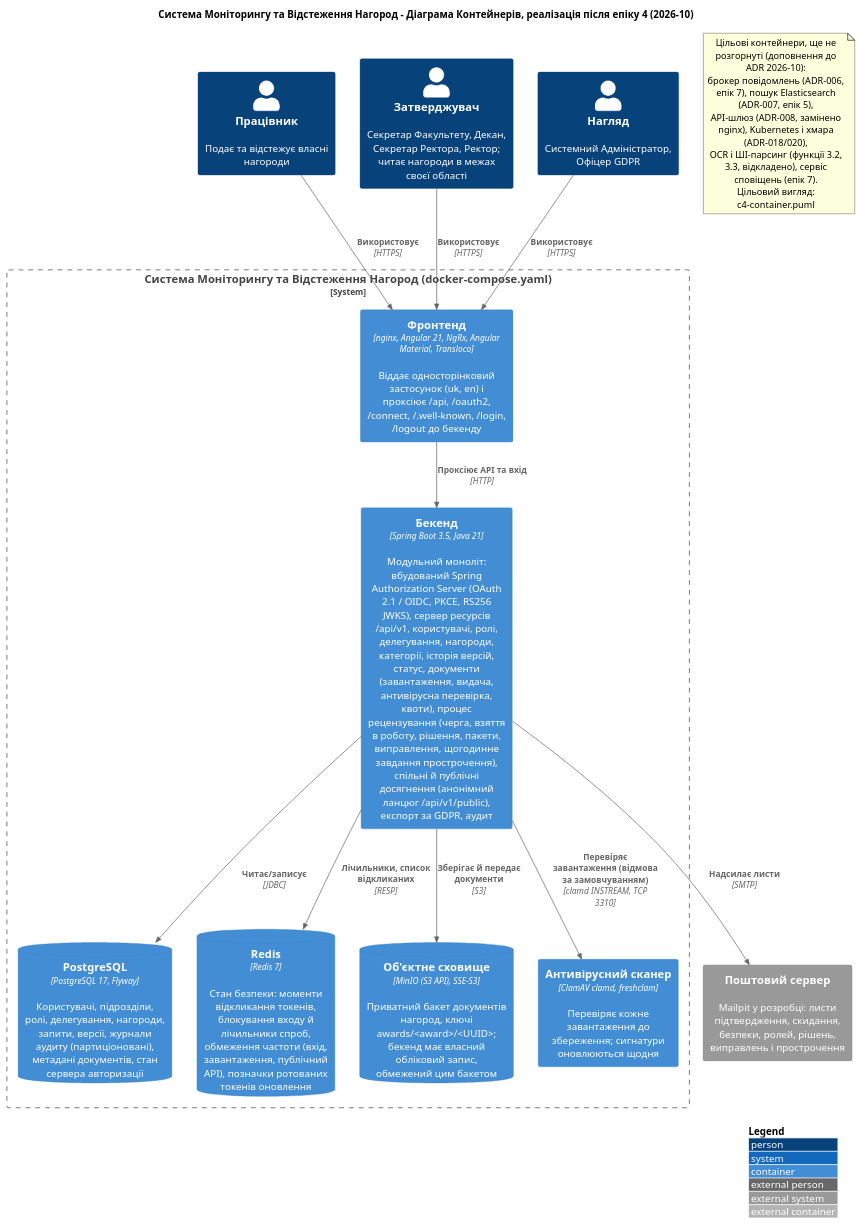
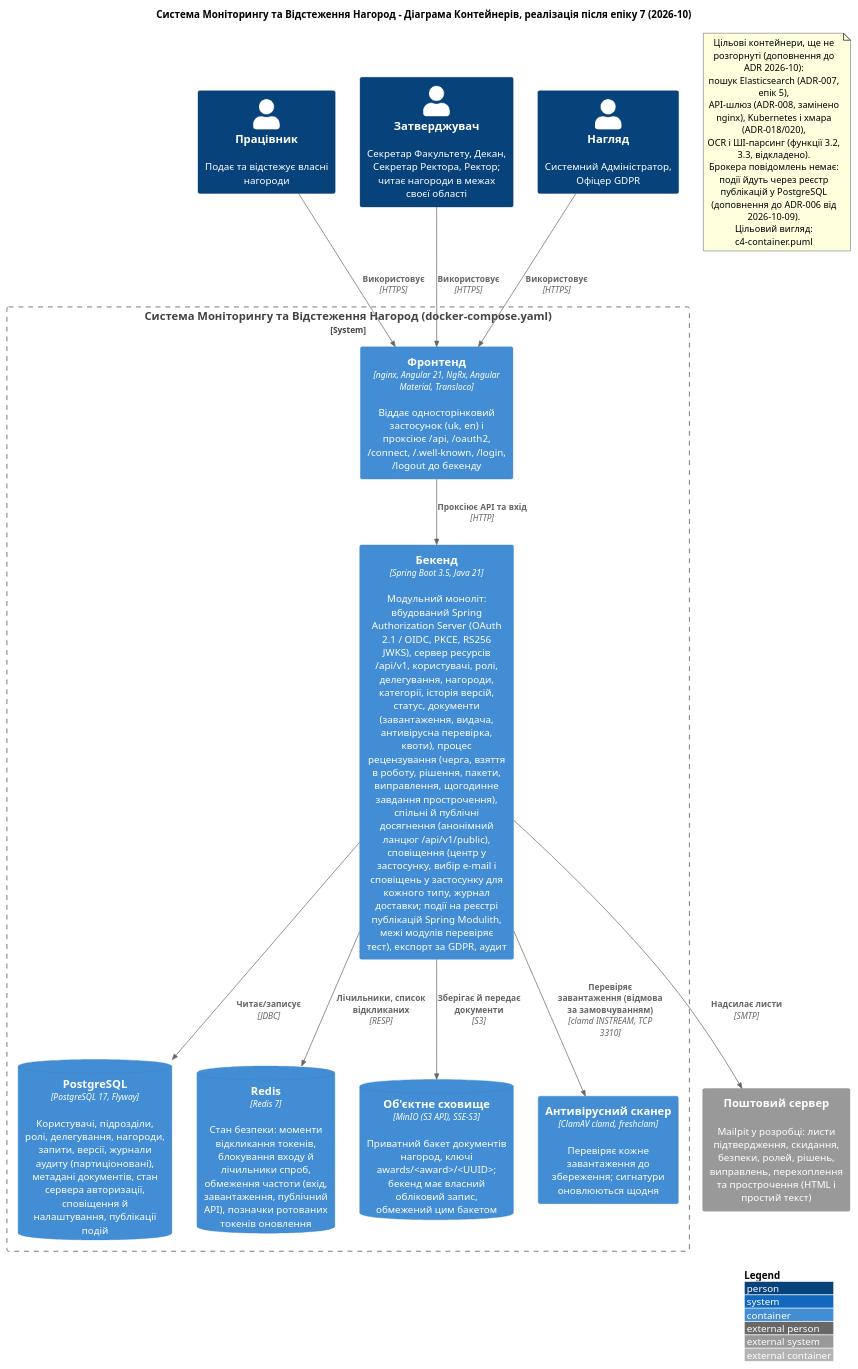
One commit to StKostyk/award-monitoring-system changed the diagram in docs/ua/diagrams/c4-container-as-built.puml. Above: the diagram before and after it, drawn with PlantUML. The commit also changed 19 other files, not shown here.

First line of the commit message:
docs(epic-07): synchronise documents, diagrams and Ukrainian copies with the shipped code

```diff
--- a/docs/ua/diagrams/c4-container-as-built.puml
+++ b/docs/ua/diagrams/c4-container-as-built.puml
@@ -1,45 +1,47 @@
 @startuml C4_Container_As_Built_UA
 !include https://raw.githubusercontent.com/plantuml-stdlib/C4-PlantUML/master/C4_Container.puml
 
-title Система Моніторингу та Відстеження Нагород - Діаграма Контейнерів, реалізація після епіку 4 (2026-10)
+title Система Моніторингу та Відстеження Нагород - Діаграма Контейнерів, реалізація після епіку 7 (2026-10)
 
 LAYOUT_WITH_LEGEND()
 
 Person(employee, "Працівник", "Подає та відстежує власні нагороди")
 Person(reviewer, "Затверджувач", "Секретар Факультету, Декан, Секретар Ректора, Ректор; читає нагороди в межах своєї області")
 Person(admin, "Нагляд", "Системний Адміністратор, Офіцер GDPR")
 
 System_Boundary(award_system, "Система Моніторингу та Відстеження Нагород (docker-compose.yaml)") {
 
     Container(frontend, "Фронтенд", "nginx, Angular 21, NgRx, Angular Material, Transloco", "Віддає односторінковий застосунок (uk, en) і проксіює /api, /oauth2, /connect, /.well-known, /login, /logout до бекенду")
 
-    Container(backend, "Бекенд", "Spring Boot 3.5, Java 21", "Модульний моноліт: вбудований Spring Authorization Server (OAuth 2.1 / OIDC, PKCE, RS256 JWKS), сервер ресурсів /api/v1, користувачі, ролі, делегування, нагороди, категорії, історія версій, статус, документи (завантаження, видача, антивірусна перевірка, квоти), процес рецензування (черга, взяття в роботу, рішення, пакети, виправлення, щогодинне завдання прострочення), спільні й публічні досягнення (анонімний ланцюг /api/v1/public), експорт за GDPR, аудит")
+    Container(backend, "Бекенд", "Spring Boot 3.5, Java 21", "Модульний моноліт: вбудований Spring Authorization Server (OAuth 2.1 / OIDC, PKCE, RS256 JWKS), сервер ресурсів /api/v1, користувачі, ролі, делегування, нагороди, категорії, історія версій, статус, документи (завантаження, видача, антивірусна перевірка, квоти), процес рецензування (черга, взяття в роботу, рішення, пакети, виправлення, щогодинне завдання прострочення), спільні й публічні досягнення (анонімний ланцюг /api/v1/public), сповіщення (центр у застосунку, вибір e-mail і сповіщень у застосунку для кожного типу, журнал доставки; події на реєстрі публікацій Spring Modulith, межі модулів перевіряє тест), експорт за GDPR, аудит")
 
-    ContainerDb(postgres, "PostgreSQL", "PostgreSQL 17, Flyway", "Користувачі, підрозділи, ролі, делегування, нагороди, запити, версії, журнали аудиту (партиціоновані), метадані документів, стан сервера авторизації")
+    ContainerDb(postgres, "PostgreSQL", "PostgreSQL 17, Flyway", "Користувачі, підрозділи, ролі, делегування, нагороди, запити, версії, журнали аудиту (партиціоновані), метадані документів, стан сервера авторизації, сповіщення й налаштування, публікації подій")
     ContainerDb(redis, "Redis", "Redis 7", "Стан безпеки: моменти відкликання токенів, блокування входу й лічильники спроб, обмеження частоти (вхід, завантаження, публічний API), позначки ротованих токенів оновлення")
     ContainerDb(minio, "Об'єктне сховище", "MinIO (S3 API), SSE-S3", "Приватний бакет документів нагород, ключі awards/<award>/<UUID>; бекенд має власний обліковий запис, обмежений цим бакетом")
     Container(clamav, "Антивірусний сканер", "ClamAV clamd, freshclam", "Перевіряє кожне завантаження до збереження; сигнатури оновлюються щодня")
 }
 
-System_Ext(smtp, "Поштовий сервер", "Mailpit у розробці: листи підтвердження, скидання, безпеки, ролей, рішень, виправлень і прострочення")
+System_Ext(smtp, "Поштовий сервер", "Mailpit у розробці: листи підтвердження, скидання, безпеки, ролей, рішень, виправлень, перехоплення та прострочення (HTML і простий текст)")
 
 Rel(employee, frontend, "Використовує", "HTTPS")
 Rel(reviewer, frontend, "Використовує", "HTTPS")
 Rel(admin, frontend, "Використовує", "HTTPS")
 Rel(frontend, backend, "Проксіює API та вхід", "HTTP")
 Rel(backend, postgres, "Читає/записує", "JDBC")
 Rel(backend, redis, "Лічильники, список відкликаних", "RESP")
 Rel(backend, smtp, "Надсилає листи", "SMTP")
 Rel_D(backend, minio, "Зберігає й передає документи", "S3")
 Rel_D(backend, clamav, "Перевіряє завантаження (відмова за замовчуванням)", "clamd INSTREAM, TCP 3310")
 
 
 note as Planned
   Цільові контейнери, ще не розгорнуті (доповнення до ADR 2026-10):
-  брокер повідомлень (ADR-006, епік 7), пошук Elasticsearch (ADR-007, епік 5),
+  пошук Elasticsearch (ADR-007, епік 5),
   API-шлюз (ADR-008, замінено nginx), Kubernetes і хмара (ADR-018/020),
-  OCR і ШІ-парсинг (функції 3.2, 3.3, відкладено), сервіс сповіщень (епік 7).
+  OCR і ШІ-парсинг (функції 3.2, 3.3, відкладено).
+  Брокера повідомлень немає: події йдуть через реєстр
+  публікацій у PostgreSQL (доповнення до ADR-006 від 2026-10-09).
   Цільовий вигляд: c4-container.puml
 end note
 
 @enduml
```
